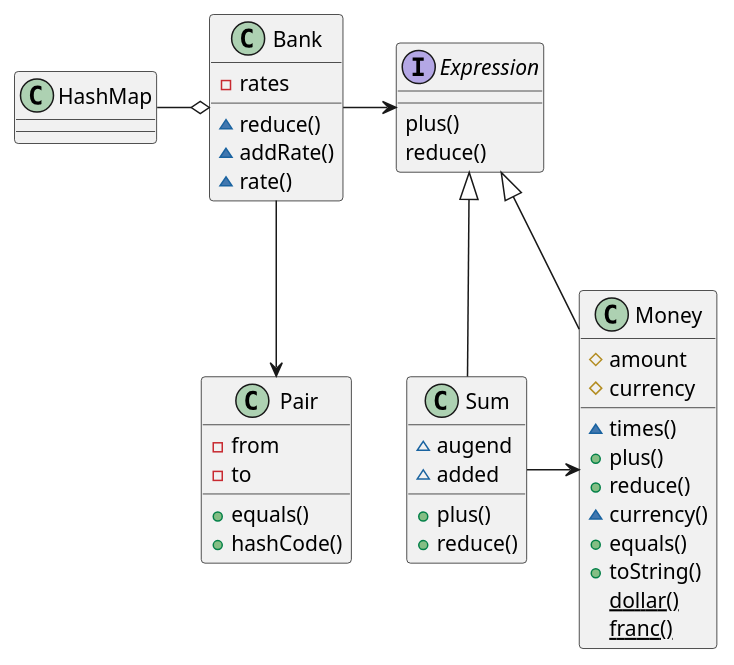
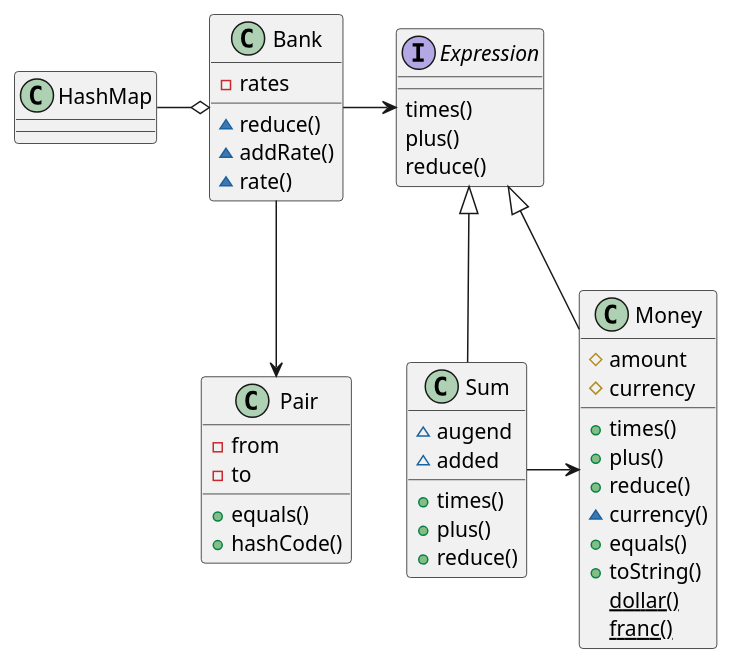
Before and after one commit to k2works/etude_for_java: the diagram in docs/_tdd.md, drawn with PlantUML. The commit also changed other lines of this file and 6 other files, not shown here.

````diff
--- a/docs/_tdd.md
+++ b/docs/_tdd.md
@@ -41,42 +41,44 @@
 ```puml
 class Money {
   #amount
   #currency
-  ~times()
+  +times()
   +plus()
   +reduce()
   ~currency()
   +equals()
   +toString()
   {static}dollar()
   {static}franc()
 }
 interface Expression {
+  times()
   plus()
   reduce()
 }
 class Bank {
   -rates
   ~reduce()
   ~addRate()
   ~rate()
 }
 class Sum {
   ~augend
   ~added
+  +times()  
   +plus()
   +reduce()  
 }
 class Pair {
   -from
   -to
   +equals()
   +hashCode()
 }
 Expression <|-- Money
 Bank -> Expression
 Expression <|-- Sum
 Sum -> Money
 Bank o-l HashMap
 Bank --> Pair
 ```
````
